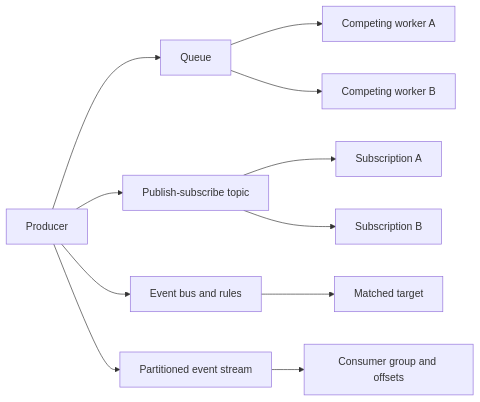
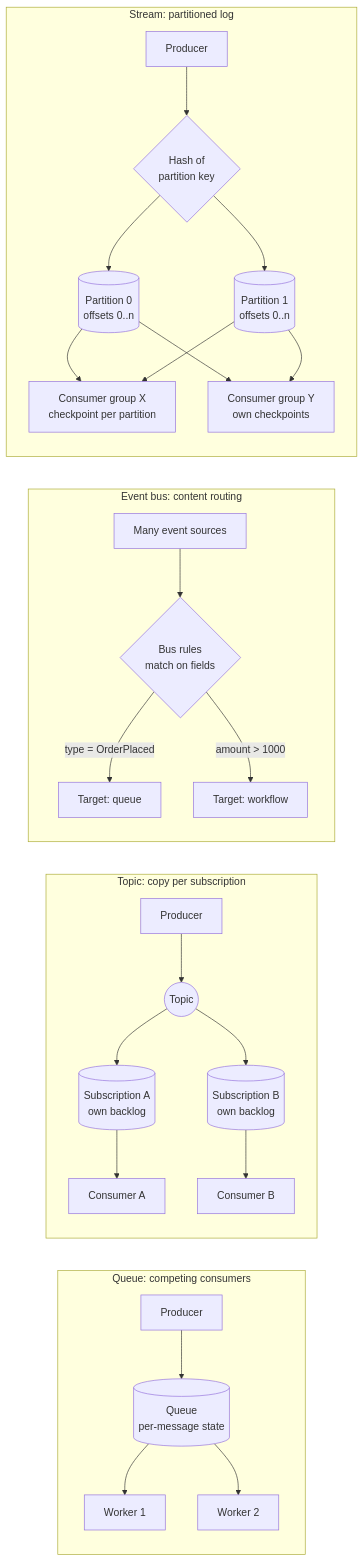
The first of 11 diagrams in 09_Cloud_Computing/CH12_Messaging.md (joydasss/Architect), drawn with Mermaid before and after one commit. The commit also changed other lines of this file and 295 other files, not shown here.

````diff
--- a/09_Cloud_Computing/CH12_Messaging.md
+++ b/09_Cloud_Computing/CH12_Messaging.md
@@ -41,13 +67,29 @@
 ```mermaid
 flowchart LR
-    Producer[Producer] --> Queue[Queue]
-    Queue --> WorkerA[Competing worker A]
-    Queue --> WorkerB[Competing worker B]
-    Producer --> Topic[Publish-subscribe topic]
-    Topic --> SubA[Subscription A]
-    Topic --> SubB[Subscription B]
-    Producer --> Bus[Event bus and rules]
-    Bus --> Target[Matched target]
-    Producer --> Stream[Partitioned event stream]
-    Stream --> Consumer[Consumer group and offsets]
+    subgraph Q["Queue: competing consumers"]
+        P1[Producer] --> QB[("Queue<br/>per-message state")]
+        QB --> W1[Worker 1]
+        QB --> W2[Worker 2]
+    end
+    subgraph T["Topic: copy per subscription"]
+        P2[Producer] --> TB(("Topic"))
+        TB --> S1[("Subscription A<br/>own backlog")]
+        TB --> S2[("Subscription B<br/>own backlog")]
+        S1 --> CA[Consumer A]
+        S2 --> CB[Consumer B]
+    end
+    subgraph B["Event bus: content routing"]
+        P3["Many event sources"] --> BB{"Bus rules<br/>match on fields"}
+        BB -->|"type = OrderPlaced"| TG1["Target: queue"]
+        BB -->|"amount > 1000"| TG2["Target: workflow"]
+    end
+    subgraph S["Stream: partitioned log"]
+        P4[Producer] --> PK{"Hash of<br/>partition key"}
+        PK --> L0[("Partition 0<br/>offsets 0..n")]
+        PK --> L1[("Partition 1<br/>offsets 0..n")]
+        L0 --> G1["Consumer group X<br/>checkpoint per partition"]
+        L1 --> G1
+        L0 --> G2["Consumer group Y<br/>own checkpoints"]
+        L1 --> G2
+    end
 ```
````
